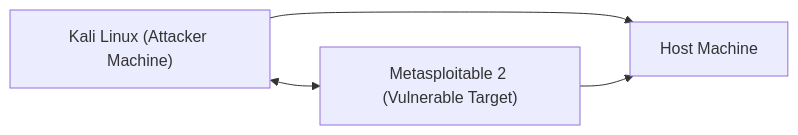
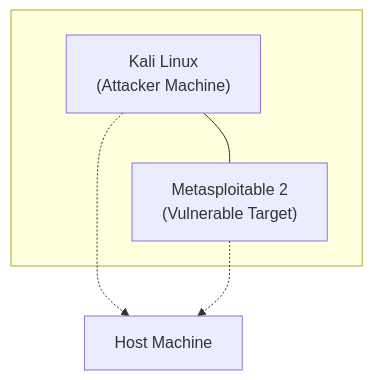
One commit to Cayvit/Forensik-Teknologi-Informasi-dan-Workshop-Siber-Warfare-Basic changed the diagram in forensik-teknologi/metasploitable2–pentest-report/report.md. Above: the diagram before and after it, drawn with Mermaid. The commit also changed other lines of this file, not shown here.

Commit message:
Update flowchart structure in pentest report

````diff
--- a/forensik-teknologi/metasploitable2–pentest-report/report.md
+++ b/forensik-teknologi/metasploitable2–pentest-report/report.md
@@ -93,6 +93,9 @@
 ```mermaid
-flowchart LR
-    A["Kali Linux (Attacker Machine)"] <--> B["Metasploitable 2 (Vulnerable Target)"]
-    A --> C["Host Machine"]
-    B --> C["Host Machine"]
+flowchart TB
+    subgraph TOP[ ]
+        A["Kali Linux\n(Attacker Machine)"] --- B["Metasploitable 2\n(Vulnerable Target)"]
+    end
+
+    A -.-> C["Host Machine"]
+    B -.-> C
 ```
````
